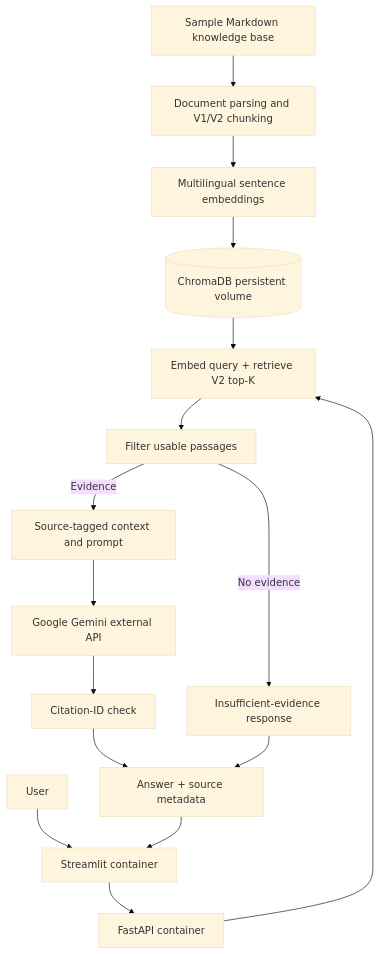
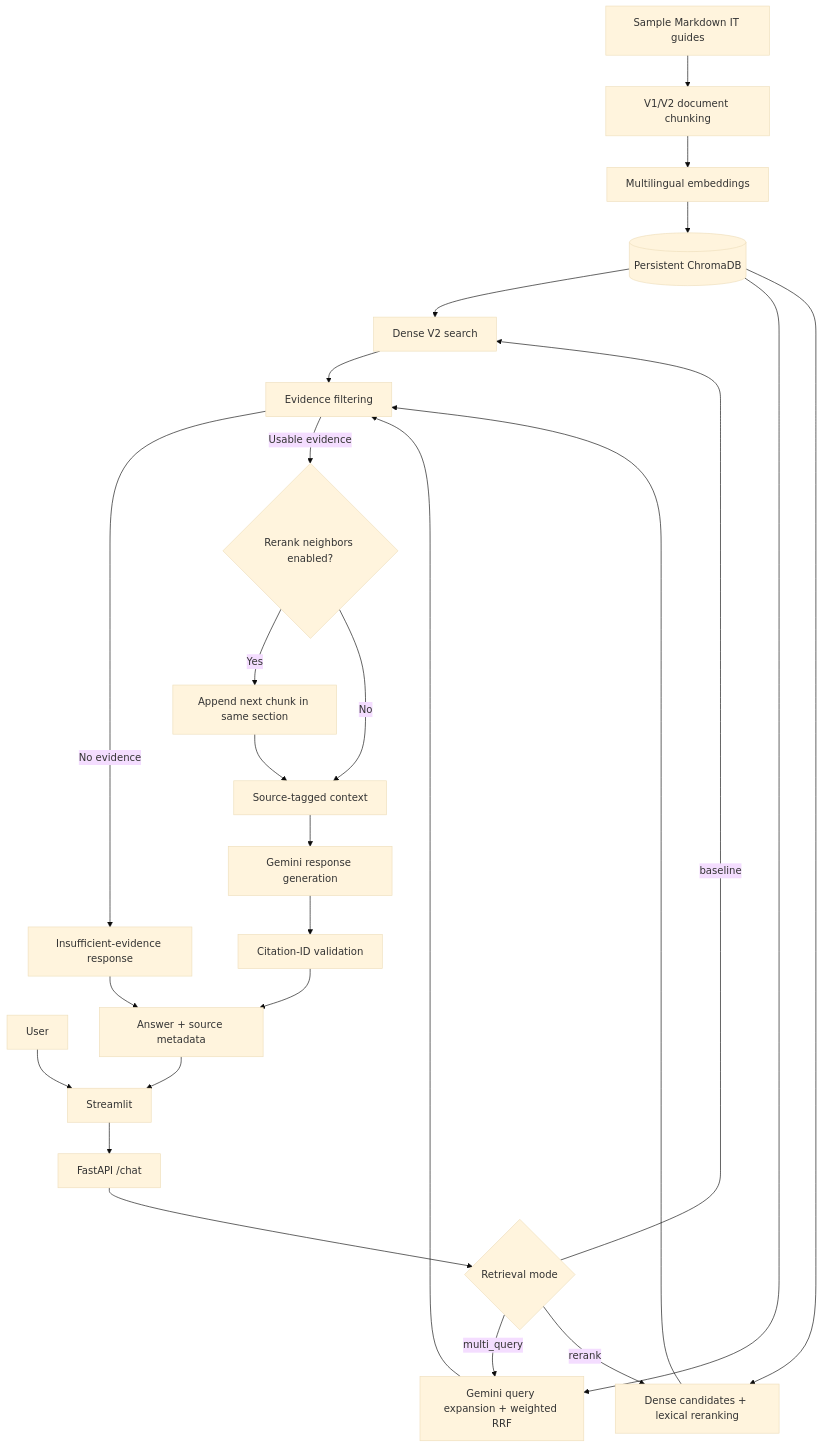
The diagram in README.md (bryandhpir/enterprise-ai-knowledge-assistant), drawn with Mermaid (base theme) before and after one commit. The commit also changed other lines of this file and 41 other files, not shown here.

````diff
--- a/README.md
+++ b/README.md
@@ -30,18 +32,29 @@
 ```mermaid
 flowchart TD
-    Docs[Sample Markdown knowledge base] --> Chunk[Document parsing and V1/V2 chunking]
-    Chunk --> Embed[Multilingual sentence embeddings]
-    Embed --> DB[(ChromaDB persistent volume)]
-    User[User] --> UI[Streamlit container]
-    UI --> API[FastAPI container]
-    API --> Retrieve[Embed query + retrieve V2 top-K]
-    DB --> Retrieve
-    Retrieve --> Filter[Filter usable passages]
-    Filter -->|No evidence| Fallback[Insufficient-evidence response]
-    Filter -->|Evidence| Context[Source-tagged context and prompt]
-    Context --> Gemini[Google Gemini external API]
-    Gemini --> Cite[Citation-ID check]
-    Cite --> Output[Answer + source metadata]
-    Fallback --> Output
-    Output --> UI
+    Docs[Sample Markdown IT guides] --> Chunk[V1/V2 document chunking]
+    Chunk --> Emb[Multilingual embeddings]
+    Emb --> DB[(Persistent ChromaDB)]
+
+    User[User] --> UI[Streamlit]
+    UI --> API[FastAPI /chat]
+    API --> Mode{Retrieval mode}
+    Mode -->|baseline| Dense[Dense V2 search]
+    Mode -->|multi_query| MQ[Gemini query expansion + weighted RRF]
+    Mode -->|rerank| Re[Dense candidates + lexical reranking]
+    DB --> Dense
+    DB --> MQ
+    DB --> Re
+    Dense --> Filter[Evidence filtering]
+    MQ --> Filter
+    Re --> Filter
+    Filter -->|No evidence| Refuse[Insufficient-evidence response]
+    Filter -->|Usable evidence| Neighbor{Rerank neighbors enabled?}
+    Neighbor -->|Yes| Expand[Append next chunk in same section]
+    Neighbor -->|No| Context[Source-tagged context]
+    Expand --> Context
+    Context --> Gemini[Gemini response generation]
+    Gemini --> Validate[Citation-ID validation]
+    Validate --> Answer[Answer + source metadata]
+    Refuse --> Answer
+    Answer --> UI
 ```
````
